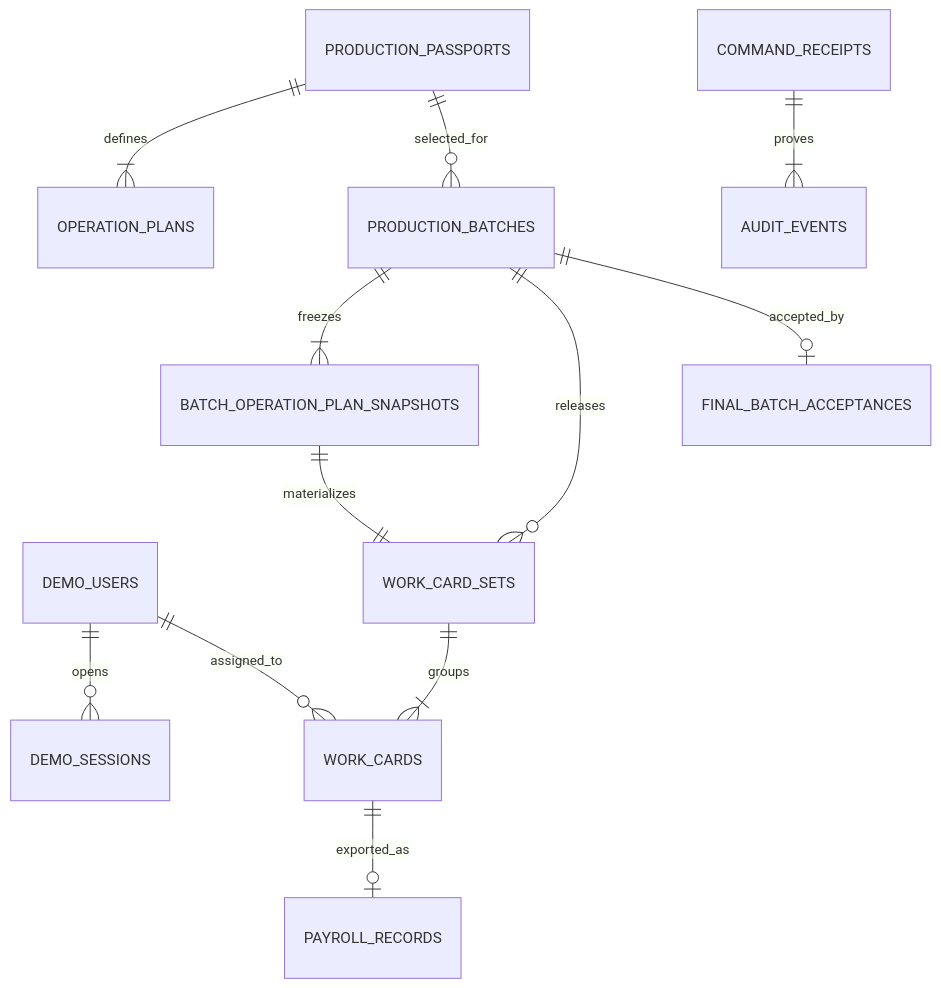
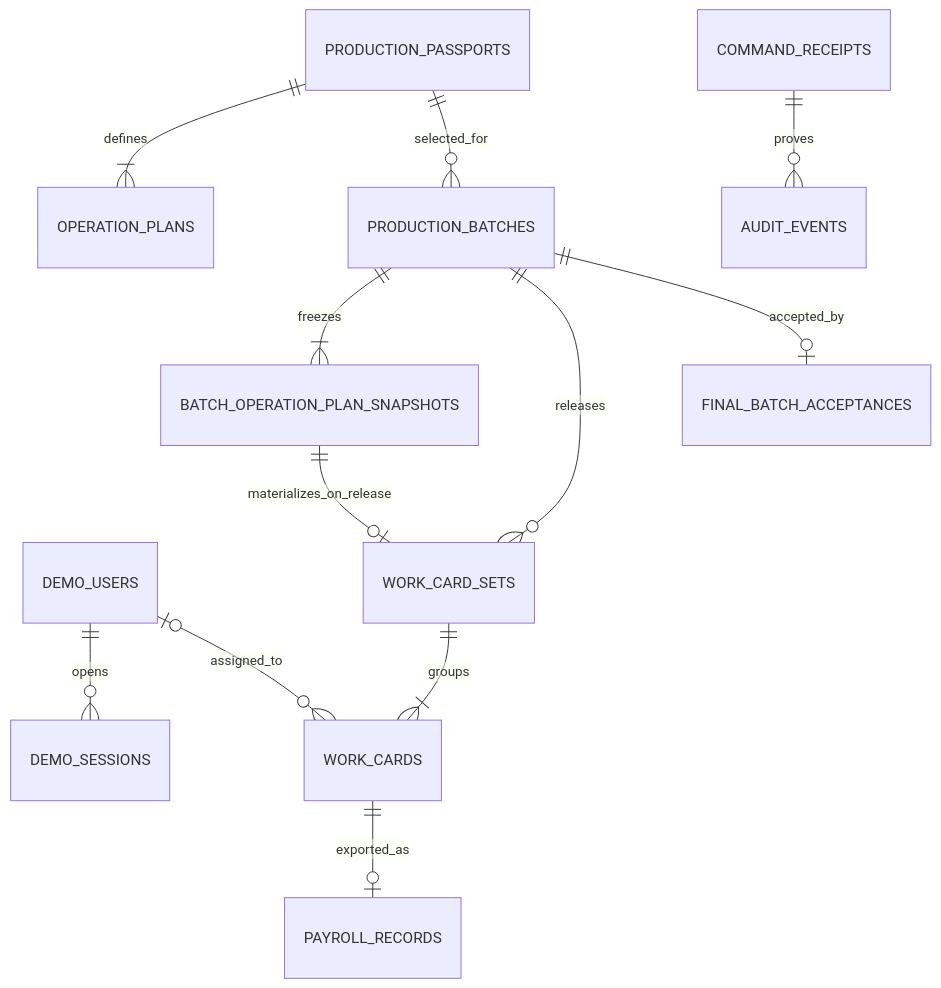
Before and after one commit to AI-shoks/WorkCard-Lifecycle: the diagram in WorkCard-Lifecycle/docs/architecture/er-model.md, drawn with Mermaid. The commit also changed other lines of this file and 50 other files, not shown here.

````diff
--- a/WorkCard-Lifecycle/docs/architecture/er-model.md
+++ b/WorkCard-Lifecycle/docs/architecture/er-model.md
@@ -25,14 +25,14 @@
 ```mermaid
 erDiagram
     DEMO_USERS ||--o{ DEMO_SESSIONS : opens
     PRODUCTION_PASSPORTS ||--|{ OPERATION_PLANS : defines
     PRODUCTION_PASSPORTS ||--o{ PRODUCTION_BATCHES : selected_for
     PRODUCTION_BATCHES ||--|{ BATCH_OPERATION_PLAN_SNAPSHOTS : freezes
     PRODUCTION_BATCHES ||--o{ WORK_CARD_SETS : releases
-    BATCH_OPERATION_PLAN_SNAPSHOTS ||--|| WORK_CARD_SETS : materializes
+    BATCH_OPERATION_PLAN_SNAPSHOTS ||--o| WORK_CARD_SETS : materializes_on_release
     WORK_CARD_SETS ||--|{ WORK_CARDS : groups
-    DEMO_USERS ||--o{ WORK_CARDS : assigned_to
+    DEMO_USERS o|--o{ WORK_CARDS : assigned_to
     PRODUCTION_BATCHES ||--o| FINAL_BATCH_ACCEPTANCES : accepted_by
     WORK_CARDS ||--o| PAYROLL_RECORDS : exported_as
-    COMMAND_RECEIPTS ||--|{ AUDIT_EVENTS : proves
+    COMMAND_RECEIPTS ||--o{ AUDIT_EVENTS : proves
 ```
````
